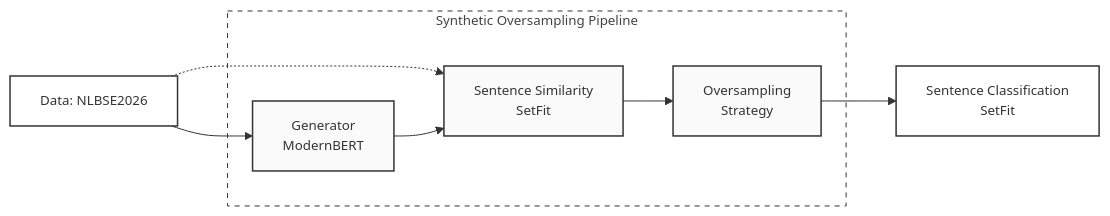
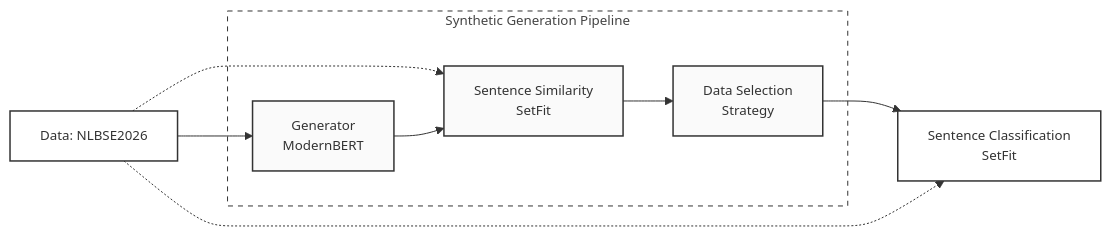
The diagram in README.md (ThomBors/NLBSE2026), drawn with Mermaid before and after one commit. The commit also changed other lines of this file, not shown here.

````diff
--- a/README.md
+++ b/README.md
@@ -22,32 +38,33 @@
 ```mermaid
 flowchart LR
     %% Data source
     Data[Data: NLBSE2026]:::compext
 
     %% Pipeline
-    subgraph Pipeline [Synthetic Oversampling Pipeline]
+    subgraph Pipeline [Synthetic Generation Pipeline]
         Generator[Generator<br/> ModernBERT]:::comp
         Augment[Sentence Similarity<br/>SetFit]:::comp
-        Balancer[Oversampling <br/> Strategy]:::comp
+        Balancer[Data Selection <br/> Strategy]:::comp
     end
 
     %% Classifier
     Classifier[Sentence Classification <br/> SetFit]:::compext
 
     %% Data flow
     Data --> Generator
     Data -.-> Augment
     Generator --> Augment
     Augment --> Balancer
     Balancer --> Classifier
+    Data -.-> Classifier
 
     %% Styles
     classDef scope fill:#fff,stroke:#333,stroke-width:1px,stroke-dasharray:5 5,color:#444,font-size:10pt;
     classDef comp fill:#fafafa,stroke:#333,stroke-width:1.5px,font-size:10pt;
     classDef compsub fill:#eee,stroke:#333,stroke-width:1.5px,font-size:10pt;
     classDef compext fill:#fff,stroke:#333,stroke-width:1.5px,font-size:10pt;
     classDef none fill:#fff,stroke:#fff,stroke-width:0px,font-size:0pt;
 
     %% Assign class to subgraph
     class Pipeline scope
 ```
````
